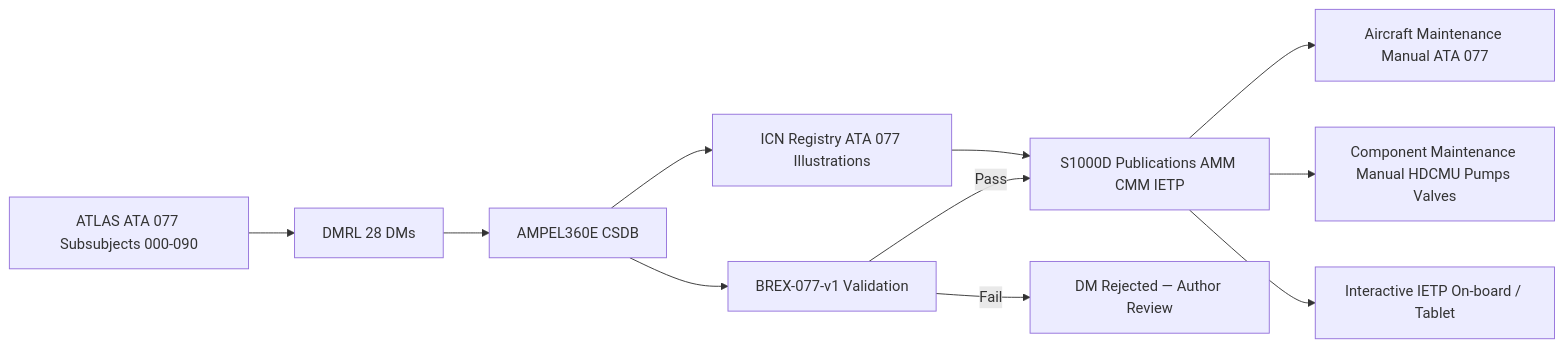
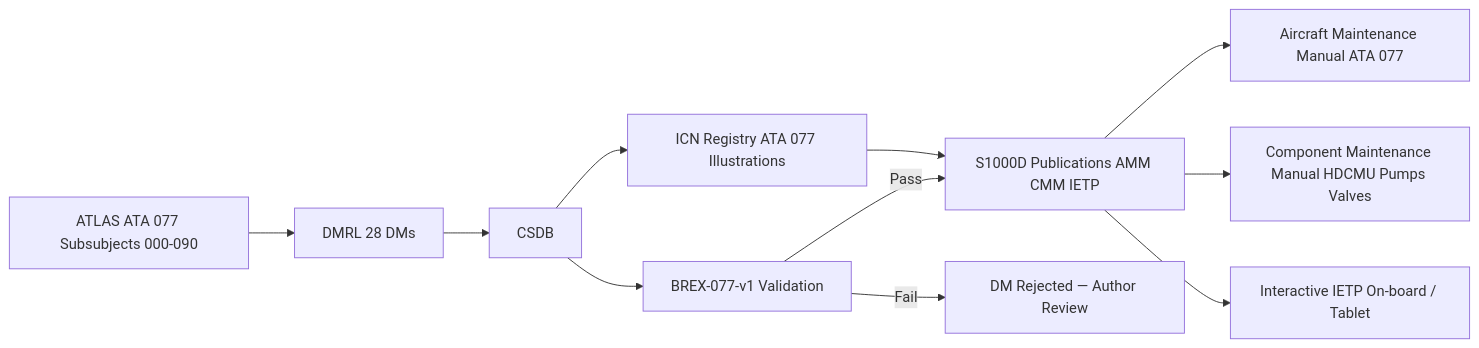
The diagram in Q+ATLANTIDE/000-099_ATLAS/070-079_Propulsion-Eco-Tech-e-Hibrido-Electrica/077_Hydrogen-Distribution-and-Conditioning/077-090-S1000D-CSDB-Mapping-and-Traceability.md (AmedeoPelliccia/Qplus-For-All-Queer-People-and-Quantum), drawn with Mermaid before and after one commit. The commit also changed other lines of this file and 51 other files, not shown here.

First line of the commit message:
Generalize all 52 ATLAS S1000D-CSDB mapping files: remove AMPEL360E/eWTW/Programmes_example references, add scope: agnostic-standard, use generic DMC placeholders

````diff
--- a/Q+ATLANTIDE/000-099_ATLAS/070-079_Propulsion-Eco-Tech-e-Hibrido-Electrica/077_Hydrogen-Distribution-and-Conditioning/077-090-S1000D-CSDB-Mapping-and-Traceability.md
+++ b/Q+ATLANTIDE/000-099_ATLAS/070-079_Propulsion-Eco-Tech-e-Hibrido-Electrica/077_Hydrogen-Distribution-and-Conditioning/077-090-S1000D-CSDB-Mapping-and-Traceability.md
@@ -96,13 +96,13 @@
 ```mermaid
 flowchart LR
     ATLAS_077[ATLAS ATA 077 Subsubjects 000-090] --> DMRL[DMRL 28 DMs]
-    DMRL --> CSDB[AMPEL360E CSDB]
+    DMRL --> CSDB[<PROGRAMME> CSDB]
     CSDB --> BREX[BREX-077-v1 Validation]
     BREX -->|Pass| PUB[S1000D Publications AMM CMM IETP]
     BREX -->|Fail| REJECT[DM Rejected — Author Review]
     PUB --> AMM[Aircraft Maintenance Manual ATA 077]
     PUB --> CMM[Component Maintenance Manual HDCMU Pumps Valves]
     PUB --> IETP[Interactive IETP On-board / Tablet]
     CSDB --> ICN_REG[ICN Registry ATA 077 Illustrations]
     ICN_REG --> PUB
 ```
````
